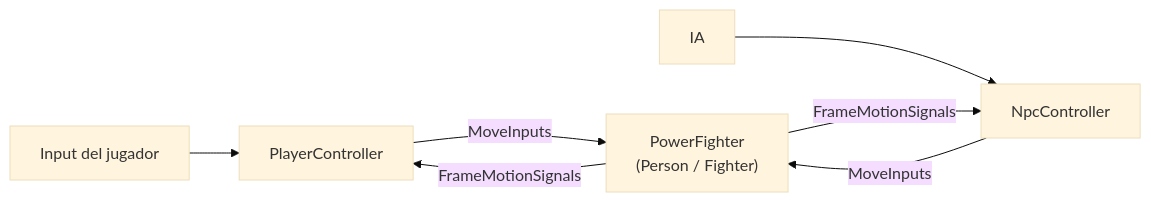
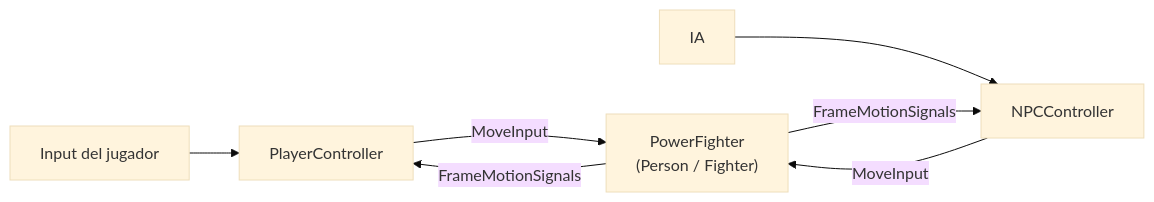
The diagram in docs/arquitectura/nota-power-fighter-controller.md (CocoMarck/SuperSmashTux), drawn with Mermaid (base theme) before and after one commit. The commit also changed other lines of this file and 13 other files, not shown here.

````diff
--- a/docs/arquitectura/nota-power-fighter-controller.md
+++ b/docs/arquitectura/nota-power-fighter-controller.md
@@ -135,9 +145,9 @@
 ```mermaid
 flowchart LR
     IN["Input del jugador"] --> PC["PlayerController"]
-    AI["IA"] --> NC["NpcController"]
-    PC -->|MoveInputs| P["PowerFighter<br/>(Person / Fighter)"]
-    NC -->|MoveInputs| P
+    AI["IA"] --> NC["NPCController"]
+    PC -->|MoveInput| P["PowerFighter<br/>(Person / Fighter)"]
+    NC -->|MoveInput| P
     P -->|FrameMotionSignals| PC
     P -->|FrameMotionSignals| NC
 ```
````
